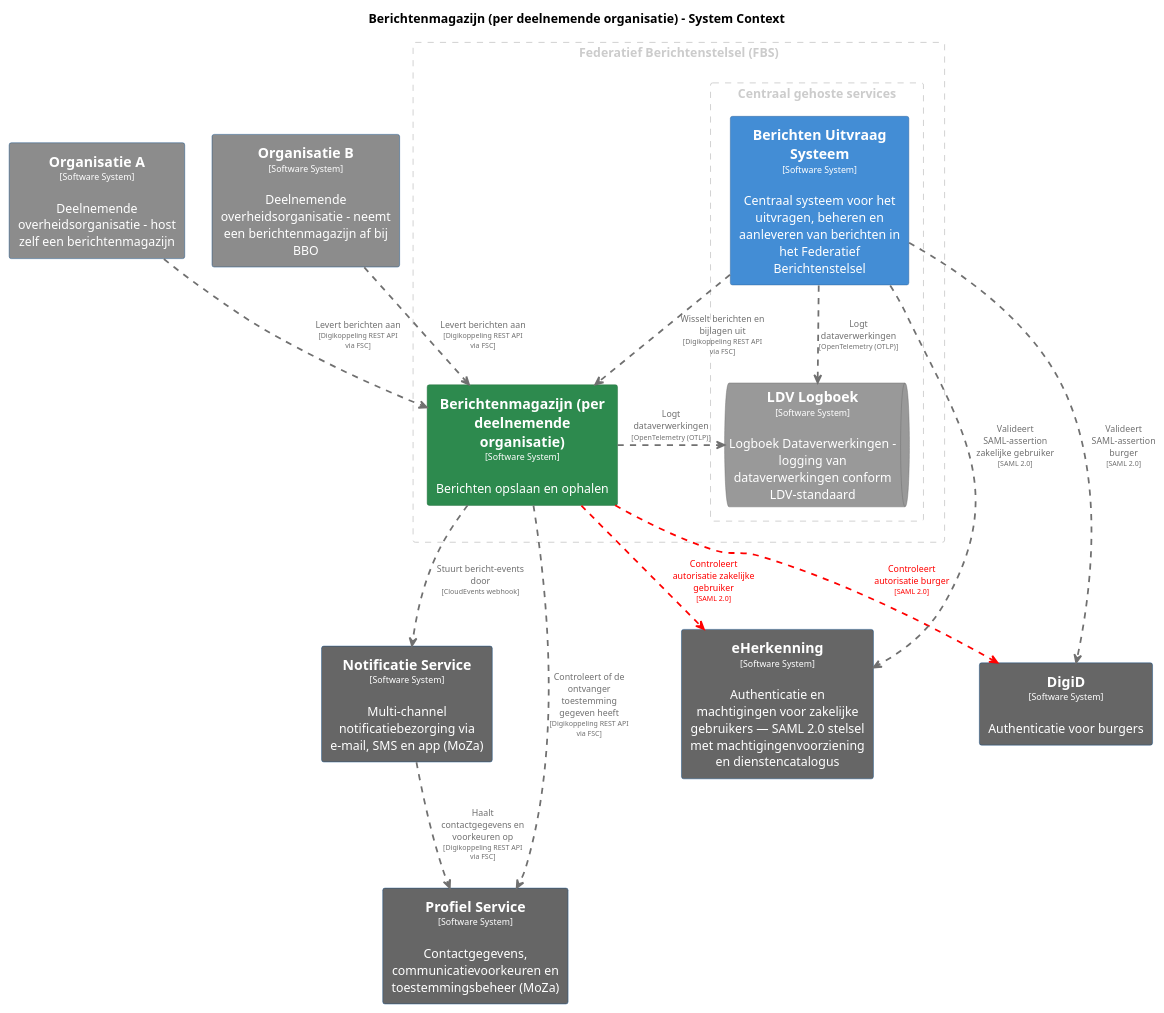
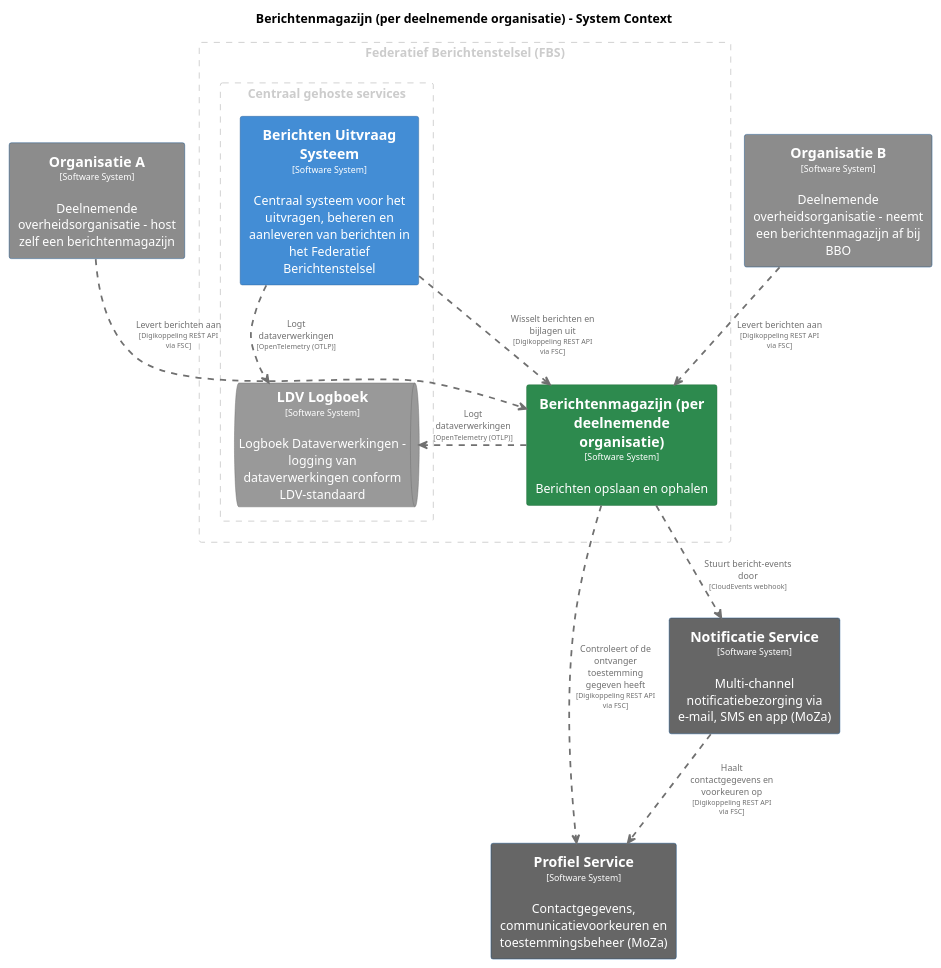
One commit to MinBZK/moza-poc-fbs-berichtenbox changed the diagram in pr-preview/pr-22/master/puml/Berichtenmagazijn.puml. Above: the diagram before and after it, drawn with PlantUML. The commit also changed 39 other files, not shown here.

```diff
--- a/pr-preview/pr-22/master/puml/Berichtenmagazijn.puml
+++ b/pr-preview/pr-22/master/puml/Berichtenmagazijn.puml
@@ -1,109 +1,91 @@
 @startuml
 set separator none
 title Berichtenmagazijn (per deelnemende organisatie) - System Context
 
 top to bottom direction
 skinparam ranksep 60
 skinparam nodesep 30
 
 skinparam {
   arrowFontSize 10
   defaultTextAlignment center
   wrapWidth 200
   maxMessageSize 100
 }
 
 hide stereotype
 
 skinparam rectangle<<BerichtenUitvraagSysteem>> {
   BackgroundColor #438dd5
   FontColor #ffffff
   BorderColor #2e6295
   shadowing false
 }
 skinparam rectangle<<Berichtenmagazijnperdeelnemendeorganisatie>> {
   BackgroundColor #2d8a4e
   FontColor #ffffff
   BorderColor #1e6b38
-  shadowing false
-}
-skinparam rectangle<<DigiD>> {
-  BackgroundColor #666666
-  FontColor #ffffff
-  BorderColor #0b4884
   shadowing false
 }
 skinparam queue<<LDVLogboek>> {
   BackgroundColor #999999
   FontColor #ffffff
   BorderColor #6b6b6b
   shadowing false
 }
 skinparam rectangle<<NotificatieService>> {
   BackgroundColor #666666
   FontColor #ffffff
   BorderColor #0b4884
   shadowing false
 }
 skinparam rectangle<<OrganisatieA>> {
   BackgroundColor #8c8c8c
   FontColor #ffffff
   BorderColor #0b4884
   shadowing false
 }
 skinparam rectangle<<OrganisatieB>> {
   BackgroundColor #8c8c8c
   FontColor #ffffff
   BorderColor #0b4884
   shadowing false
 }
 skinparam rectangle<<ProfielService>> {
   BackgroundColor #666666
   FontColor #ffffff
   BorderColor #0b4884
   shadowing false
 }
-skinparam rectangle<<eHerkenning>> {
-  BackgroundColor #666666
-  FontColor #ffffff
-  BorderColor #0b4884
-  shadowing false
-}
 
 rectangle "Federatief Berichtenstelsel (FBS)" <<group1>> as group1 {
   skinparam RectangleBorderColor<<group1>> #cccccc
   skinparam RectangleFontColor<<group1>> #cccccc
   skinparam RectangleBorderStyle<<group1>> dashed
 
   rectangle "==Berichtenmagazijn (per deelnemende organisatie)\n<size:10>[Software System]</size>\n\nBerichten opslaan en ophalen" <<Berichtenmagazijnperdeelnemendeorganisatie>> as Berichtenmagazijnperdeelnemendeorganisatie
     rectangle "Centraal gehoste services" <<group2>> as group2 {
       skinparam RectangleBorderColor<<group2>> #cccccc
       skinparam RectangleFontColor<<group2>> #cccccc
       skinparam RectangleBorderStyle<<group2>> dashed
 
       rectangle "==Berichten Uitvraag Systeem\n<size:10>[Software System]</size>\n\nCentraal systeem voor het uitvragen, beheren en aanleveren van berichten in het Federatief Berichtenstelsel" <<BerichtenUitvraagSysteem>> as BerichtenUitvraagSysteem
       queue "==LDV Logboek\n<size:10>[Software System]</size>\n\nLogboek Dataverwerkingen - logging van dataverwerkingen conform LDV-standaard" <<LDVLogboek>> as LDVLogboek
     }
 
 }
 
 rectangle "==Organisatie A\n<size:10>[Software System]</size>\n\nDeelnemende overheidsorganisatie - host zelf een berichtenmagazijn" <<OrganisatieA>> as OrganisatieA
 rectangle "==Organisatie B\n<size:10>[Software System]</size>\n\nDeelnemende overheidsorganisatie - neemt een berichtenmagazijn af bij BBO" <<OrganisatieB>> as OrganisatieB
 rectangle "==Profiel Service\n<size:10>[Software System]</size>\n\nContactgegevens, communicatievoorkeuren en toestemmingsbeheer (MoZa)" <<ProfielService>> as ProfielService
 rectangle "==Notificatie Service\n<size:10>[Software System]</size>\n\nMulti-channel notificatiebezorging via e-mail, SMS en app (MoZa)" <<NotificatieService>> as NotificatieService
-rectangle "==eHerkenning\n<size:10>[Software System]</size>\n\nAuthenticatie en machtigingen voor zakelijke gebruikers — SAML 2.0 stelsel met machtigingenvoorziening en dienstencatalogus" <<eHerkenning>> as eHerkenning
-rectangle "==DigiD\n<size:10>[Software System]</size>\n\nAuthenticatie voor burgers" <<DigiD>> as DigiD
 
 Berichtenmagazijnperdeelnemendeorganisatie .[#707070,thickness=2].> ProfielService : "<color:#707070>Controleert of de ontvanger toestemming gegeven heeft\n<color:#707070><size:8>[Digikoppeling REST API via FSC]</size>"
-Berichtenmagazijnperdeelnemendeorganisatie .[#ff0000,thickness=2].> eHerkenning : "<color:#ff0000>Controleert autorisatie zakelijke gebruiker\n<color:#ff0000><size:8>[SAML 2.0]</size>"
-Berichtenmagazijnperdeelnemendeorganisatie .[#ff0000,thickness=2].> DigiD : "<color:#ff0000>Controleert autorisatie burger\n<color:#ff0000><size:8>[SAML 2.0]</size>"
 Berichtenmagazijnperdeelnemendeorganisatie .[#707070,thickness=2].> LDVLogboek : "<color:#707070>Logt dataverwerkingen\n<color:#707070><size:8>[OpenTelemetry (OTLP)]</size>"
 BerichtenUitvraagSysteem .[#707070,thickness=2].> LDVLogboek : "<color:#707070>Logt dataverwerkingen\n<color:#707070><size:8>[OpenTelemetry (OTLP)]</size>"
 BerichtenUitvraagSysteem .[#707070,thickness=2].> Berichtenmagazijnperdeelnemendeorganisatie : "<color:#707070>Wisselt berichten en bijlagen uit\n<color:#707070><size:8>[Digikoppeling REST API via FSC]</size>"
-BerichtenUitvraagSysteem .[#707070,thickness=2].> eHerkenning : "<color:#707070>Valideert SAML-assertion zakelijke gebruiker\n<color:#707070><size:8>[SAML 2.0]</size>"
-BerichtenUitvraagSysteem .[#707070,thickness=2].> DigiD : "<color:#707070>Valideert SAML-assertion burger\n<color:#707070><size:8>[SAML 2.0]</size>"
 Berichtenmagazijnperdeelnemendeorganisatie .[#707070,thickness=2].> NotificatieService : "<color:#707070>Stuurt bericht-events door\n<color:#707070><size:8>[CloudEvents webhook]</size>"
 NotificatieService .[#707070,thickness=2].> ProfielService : "<color:#707070>Haalt contactgegevens en voorkeuren op\n<color:#707070><size:8>[Digikoppeling REST API via FSC]</size>"
 OrganisatieA .[#707070,thickness=2].> Berichtenmagazijnperdeelnemendeorganisatie : "<color:#707070>Levert berichten aan\n<color:#707070><size:8>[Digikoppeling REST API via FSC]</size>"
 OrganisatieB .[#707070,thickness=2].> Berichtenmagazijnperdeelnemendeorganisatie : "<color:#707070>Levert berichten aan\n<color:#707070><size:8>[Digikoppeling REST API via FSC]</size>"
 @enduml
```
